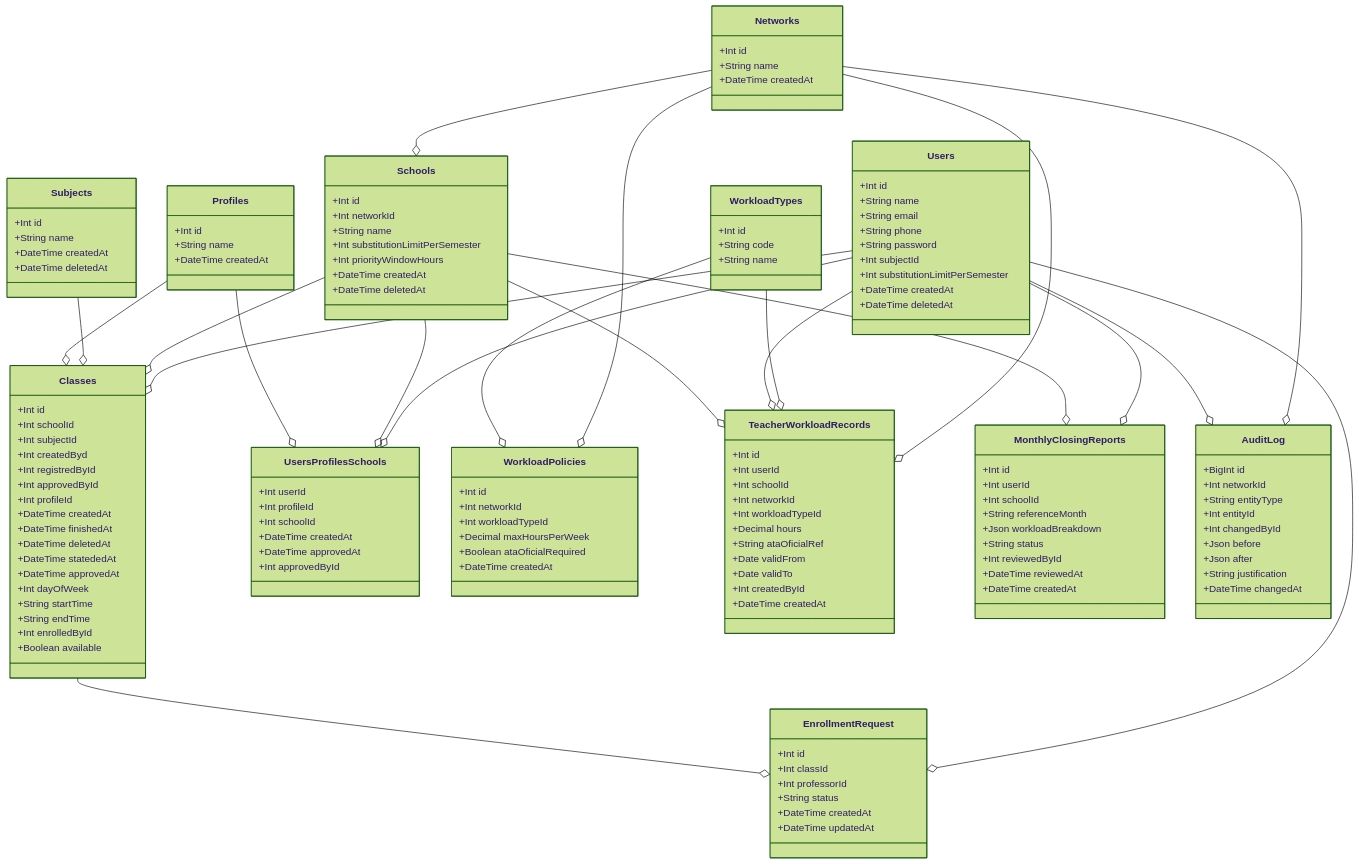
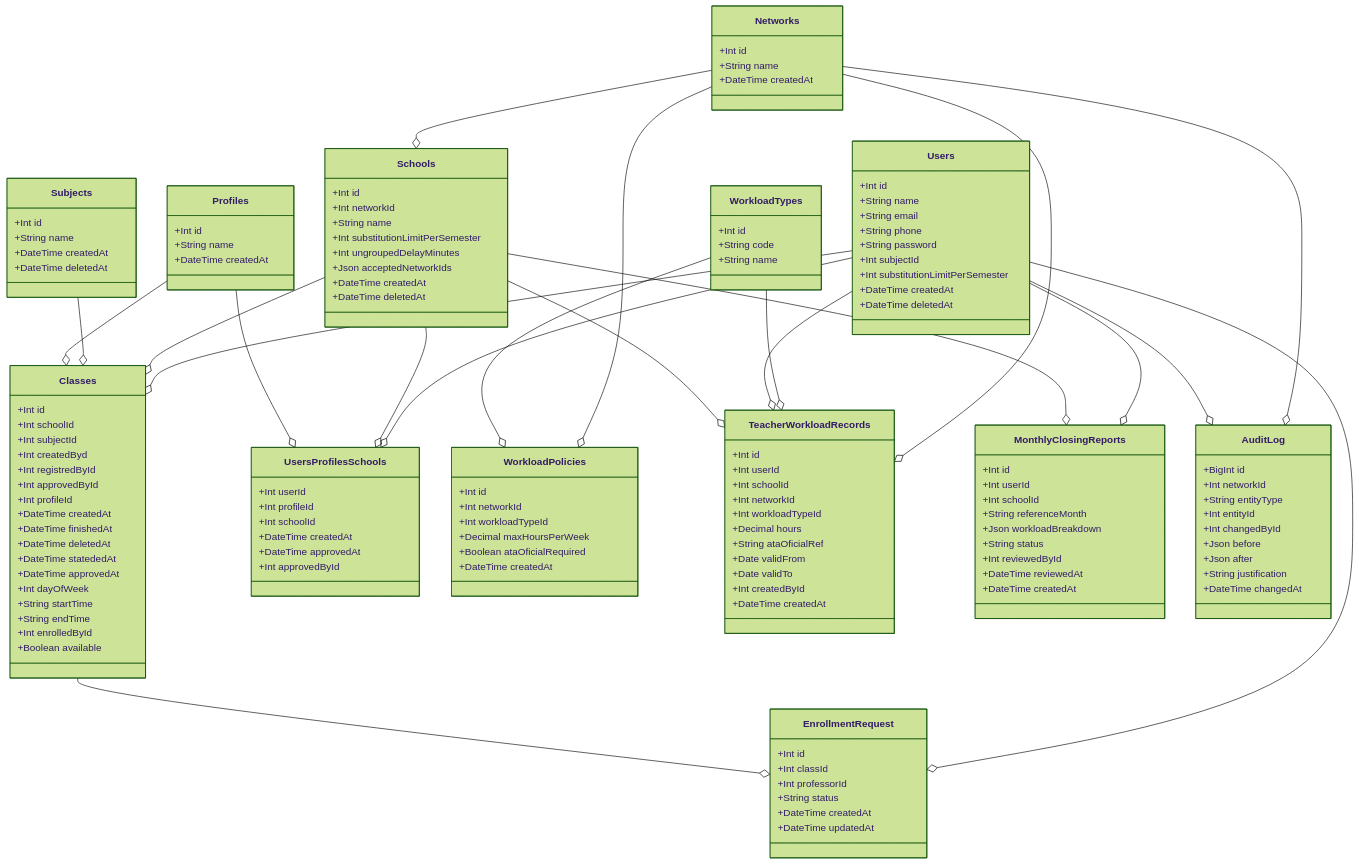
The fourth of 5 diagrams in docs/06-modelo-dados.md (TROCA-AULA/troca-aula-backend), drawn with Mermaid (forest theme) before and after one commit. The commit also changed other lines of this file and 92 other files, not shown here.

```diff
--- a/docs/06-modelo-dados.md
+++ b/docs/06-modelo-dados.md
@@ -158,7 +158,8 @@
         +Int networkId
         +String name
         +Int substitutionLimitPerSemester
-        +Int priorityWindowHours
+        +Int ungroupedDelayMinutes
+        +Json acceptedNetworkIds
         +DateTime createdAt
         +DateTime deletedAt
     }
```
